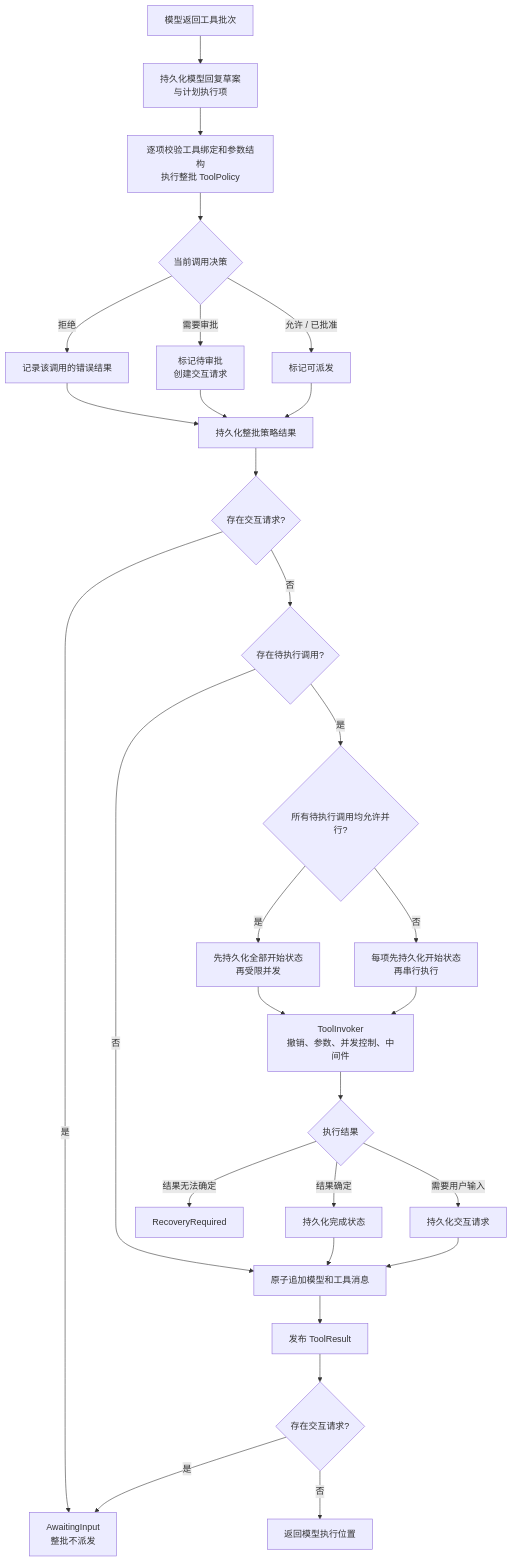
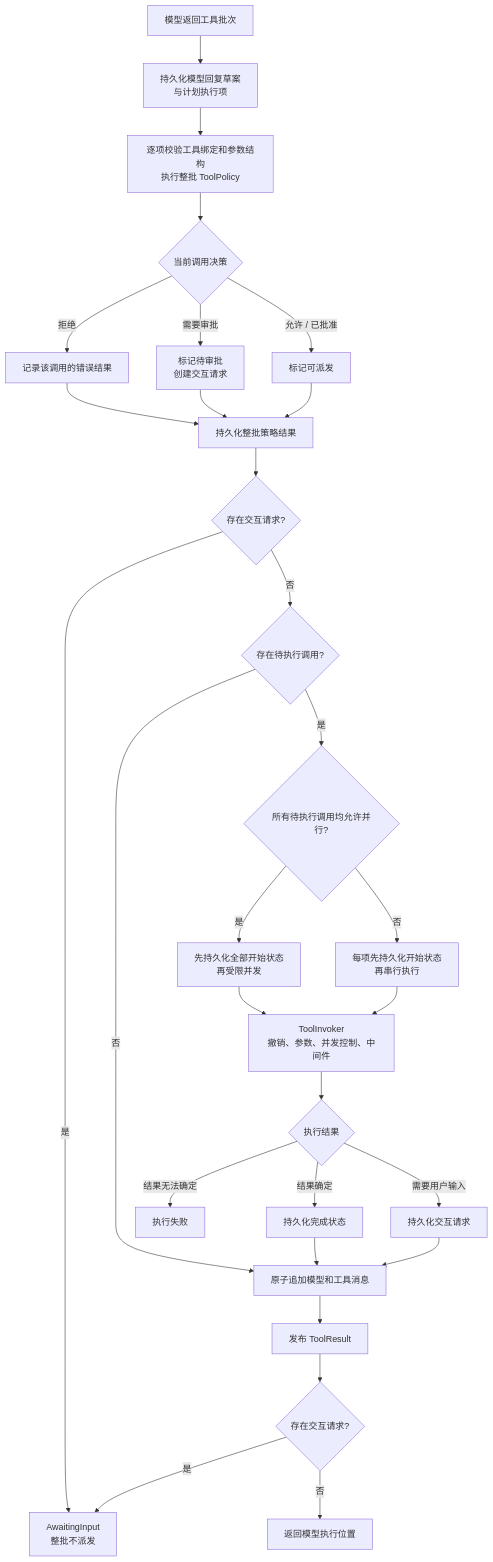
The sixth of 16 diagrams in docs/architecture.md (Penglai-Link/eliteforge-agent-framework), drawn with Mermaid before and after one commit. The commit also changed other lines of this file and 28 other files, not shown here.

````diff
--- a/docs/architecture.md
+++ b/docs/architecture.md
@@ -227,31 +227,31 @@
 ```mermaid
 flowchart TD
     Calls[模型返回工具批次] --> Plan[持久化模型回复草案<br/>与计划执行项]
     Plan --> Policy[逐项校验工具绑定和参数结构<br/>执行整批 ToolPolicy]
     Policy --> Decision{当前调用决策}
     Decision -->|拒绝| Rejected[记录该调用的错误结果]
     Decision -->|需要审批| Waiting[标记待审批<br/>创建交互请求]
     Decision -->|允许 / 已批准| Ready[标记可派发]
     Rejected --> Persist[持久化整批策略结果]
     Waiting --> Persist
     Ready --> Persist
     Persist --> Pending{存在交互请求?}
     Pending -->|是| Awaiting[AwaitingInput<br/>整批不派发]
     Pending -->|否| Candidates{存在待执行调用?}
     Candidates -->|否| Commit
     Candidates -->|是| Dispatch{所有待执行调用均允许并行?}
     Dispatch -->|是| Parallel[先持久化全部开始状态<br/>再受限并发]
     Dispatch -->|否| Serial[每项先持久化开始状态<br/>再串行执行]
     Parallel --> Invoke[ToolInvoker<br/>撤销、参数、并发控制、中间件]
     Serial --> Invoke
     Invoke --> Outcome{执行结果}
     Outcome -->|结果确定| Finished[持久化完成状态]
     Outcome -->|需要用户输入| Input[持久化交互请求]
-    Outcome -->|结果无法确定| Recovery[RecoveryRequired]
+    Outcome -->|结果无法确定| Failed[执行失败]
     Finished --> Commit[原子追加模型和工具消息]
     Input --> Commit
     Commit --> Output[发布 ToolResult]
     Output --> Followup{存在交互请求?}
     Followup -->|是| Awaiting
     Followup -->|否| Model[返回模型执行位置]
 ```
````
